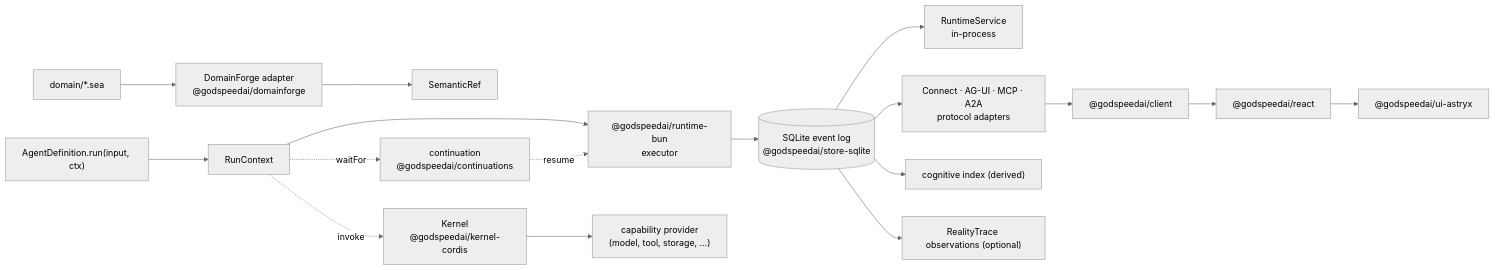
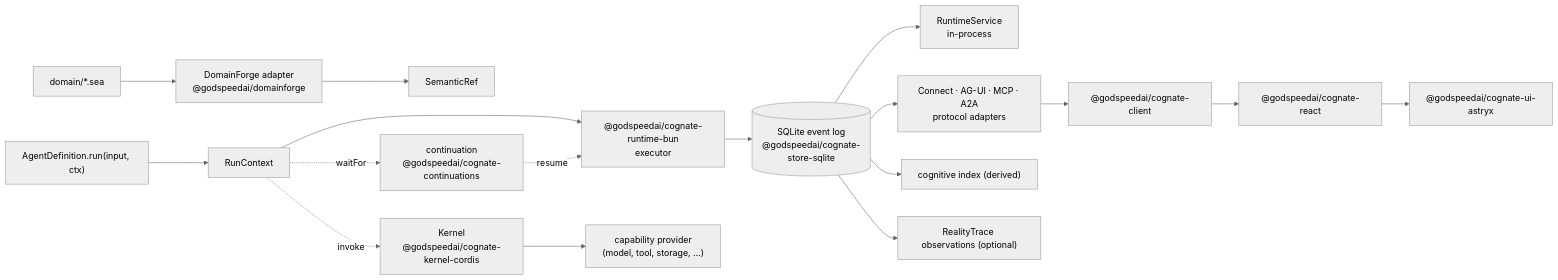
The diagram in docs/README.md (GodSpeedAI/Cognate), drawn with Mermaid (neutral theme) before and after one commit. The commit also changed 384 other files, not shown here.

First line of the commit message:
feat!: rename every SDK package to @godspeedai/cognate-<module> (#14)

````diff
--- a/docs/README.md
+++ b/docs/README.md
@@ -25,21 +25,21 @@
 ```mermaid
 flowchart LR
     SEA["domain/*.sea"] --> DF["DomainForge adapter<br/>@godspeedai/domainforge"]
     DF --> REF["SemanticRef"]
 
     AG["AgentDefinition.run(input, ctx)"] --> RC["RunContext"]
-    RC --> EX["@godspeedai/runtime-bun<br/>executor"]
-    EX --> ST[("SQLite event log<br/>@godspeedai/store-sqlite")]
-    RC -.invoke.-> KN["Kernel<br/>@godspeedai/kernel-cordis"]
+    RC --> EX["@godspeedai/cognate-runtime-bun<br/>executor"]
+    EX --> ST[("SQLite event log<br/>@godspeedai/cognate-store-sqlite")]
+    RC -.invoke.-> KN["Kernel<br/>@godspeedai/cognate-kernel-cordis"]
     KN --> PR["capability provider<br/>(model, tool, storage, …)"]
-    RC -.waitFor.-> CT["continuation<br/>@godspeedai/continuations"]
+    RC -.waitFor.-> CT["continuation<br/>@godspeedai/cognate-continuations"]
     CT -.resume.-> EX
 
     ST --> SVC["RuntimeService<br/>in-process"]
     ST --> CP["Connect · AG-UI · MCP · A2A<br/>protocol adapters"]
-    CP --> CL["@godspeedai/client"]
-    CL --> RE["@godspeedai/react"]
-    RE --> UI["@godspeedai/ui-astryx"]
+    CP --> CL["@godspeedai/cognate-client"]
+    CL --> RE["@godspeedai/cognate-react"]
+    RE --> UI["@godspeedai/cognate-ui-astryx"]
     ST --> COG["cognitive index (derived)"]
     ST --> OBS["RealityTrace observations (optional)"]
 ```
````
